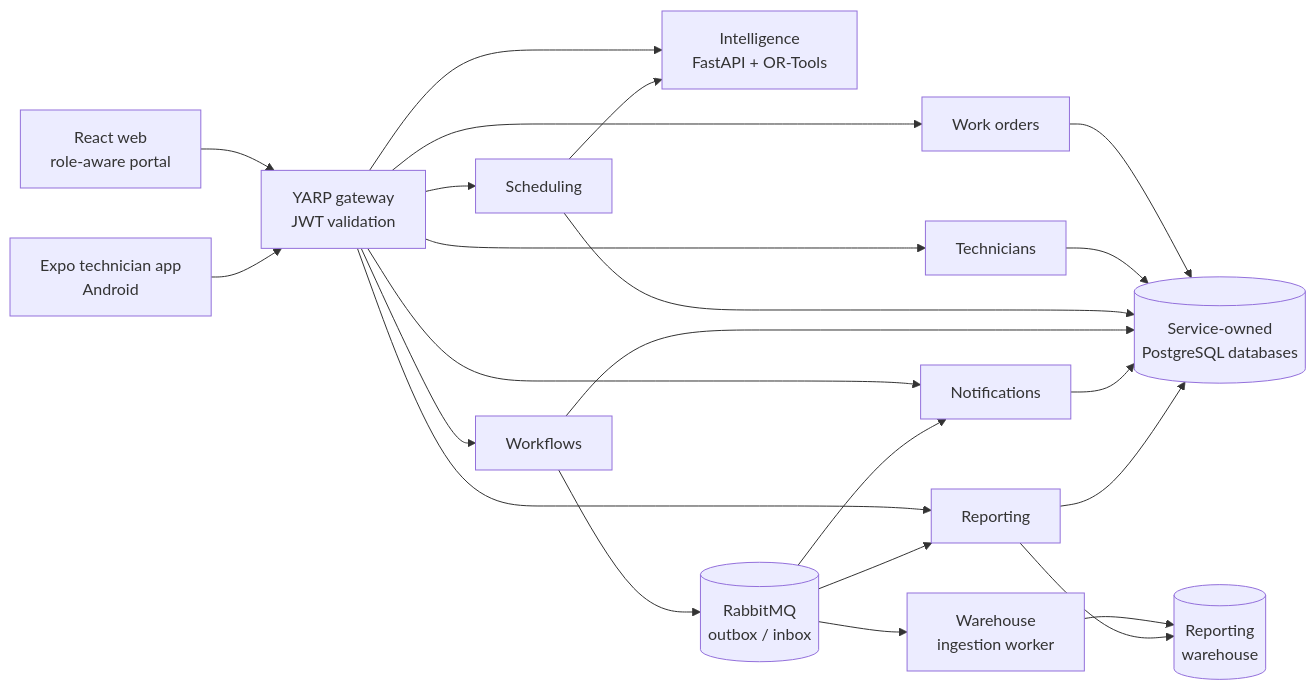
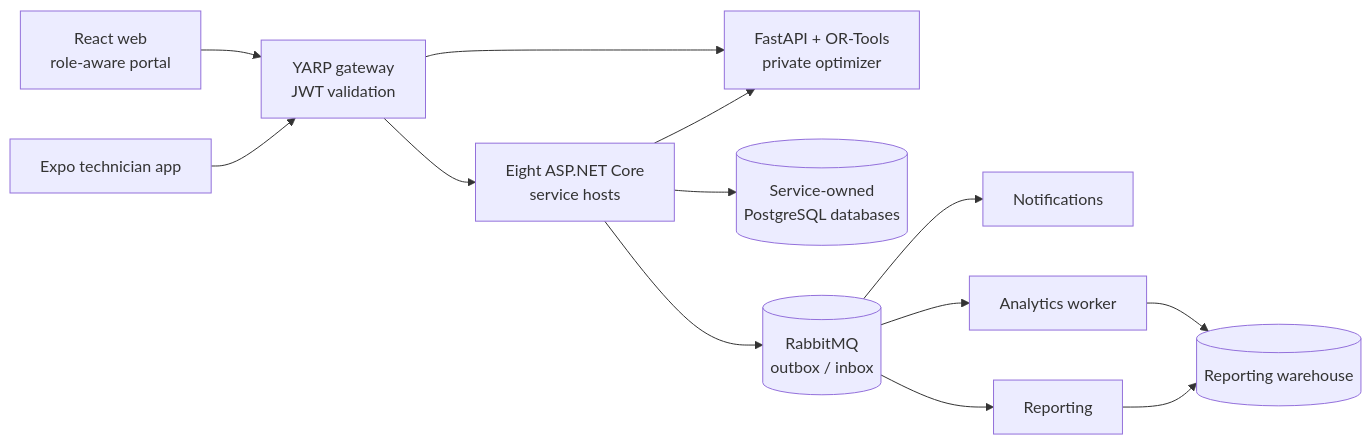
One commit to tousif-anwar/fieldops3600 changed the diagram in README.md. Above: the diagram before and after it, drawn with Mermaid. The commit also changed other lines of this file and 225 other files, not shown here.

````diff
--- a/README.md
+++ b/README.md
@@ -38,20 +36,15 @@
 ```mermaid
 flowchart LR
-    Web["React web\nrole-aware portal"] --> Gateway["YARP gateway\nJWT validation"]
-    Mobile["Expo technician app\nAndroid"] --> Gateway
-    Gateway --> WorkOrders["Work orders"]
-    Gateway --> Technicians["Technicians"]
-    Gateway --> Scheduling["Scheduling"]
-    Gateway --> Workflows["Workflows"]
-    Gateway --> Notifications["Notifications"]
-    Gateway --> Reporting["Reporting"]
-    Gateway --> Intelligence["Intelligence\nFastAPI + OR-Tools"]
-    WorkOrders & Technicians & Scheduling & Workflows & Notifications & Reporting --> Owned[("Service-owned\nPostgreSQL databases")]
-    Workflows --> Broker[("RabbitMQ\noutbox / inbox")]
-    Broker --> Notifications
-    Broker --> Reporting
-    Broker --> Analytics["Warehouse\ningestion worker"]
-    Analytics --> Warehouse[("Reporting\nwarehouse")]
+    Web["React web<br/>role-aware portal"] --> Gateway["YARP gateway<br/>JWT validation"]
+    Mobile["Expo technician app"] --> Gateway
+    Gateway --> Services["Eight ASP.NET Core<br/>service hosts"]
+    Gateway --> Optimizer["FastAPI + OR-Tools<br/>private optimizer"]
+    Services --> Pg[("Service-owned<br/>PostgreSQL databases")]
+    Services --> Broker[("RabbitMQ<br/>outbox / inbox")]
+    Broker --> Notifications["Notifications"]
+    Broker --> Reporting["Reporting"]
+    Broker --> Worker["Analytics worker"]
+    Worker --> Warehouse[("Reporting warehouse")]
     Reporting --> Warehouse
-    Scheduling --> Intelligence
+    Services --> Optimizer
 ```
````
